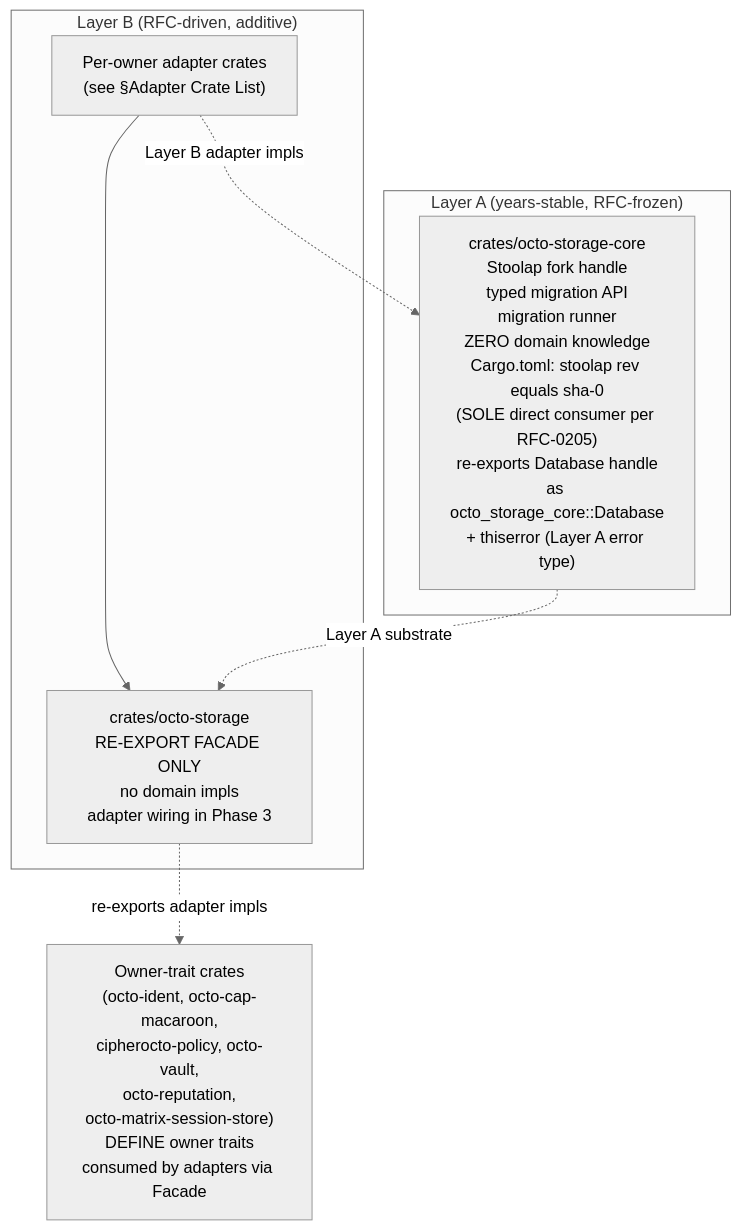
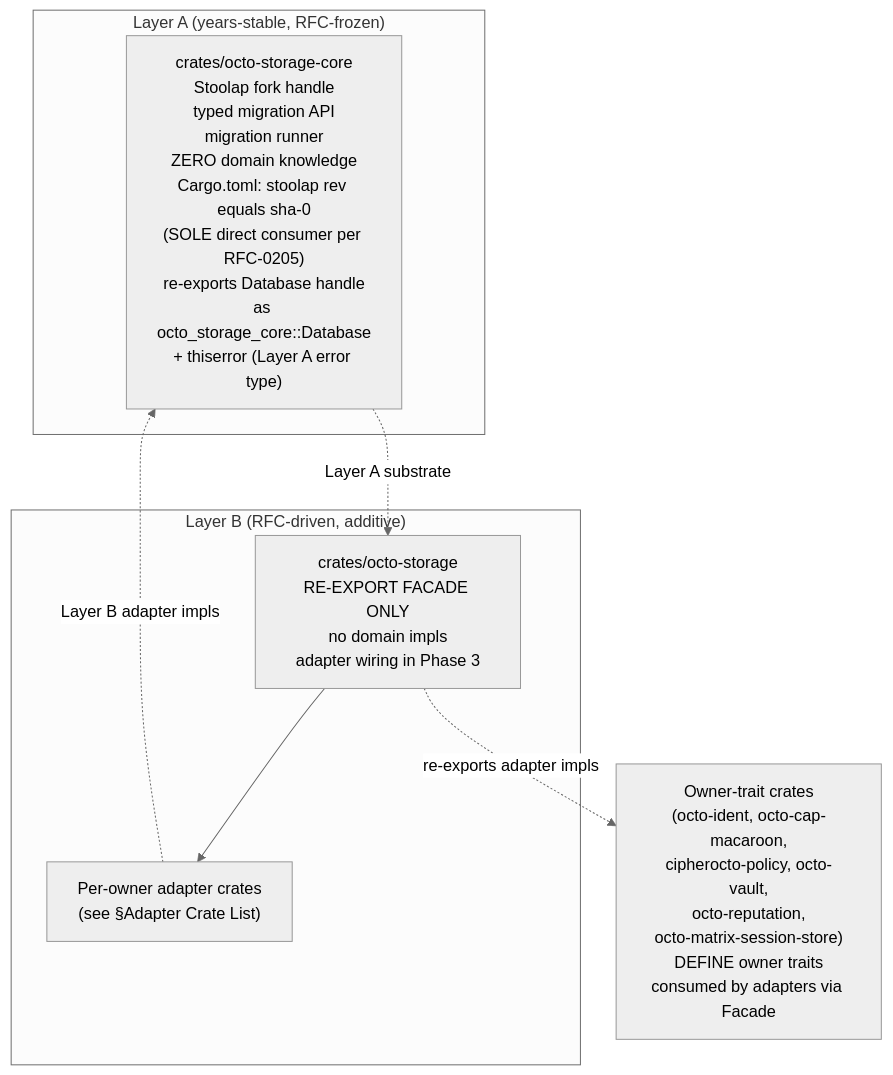
Before and after one commit to CipherOcto/cipherocto: the first of 2 diagrams in rfcs/draft/storage/0206-octo-storage-split.md, drawn with Mermaid (neutral theme). The commit also changed other lines of this file and 1 other file, not shown here.

````diff
--- a/rfcs/draft/storage/0206-octo-storage-split.md
+++ b/rfcs/draft/storage/0206-octo-storage-split.md
@@ -79,15 +79,15 @@
 ```mermaid
 graph TD
     subgraph LayerA["Layer A (years-stable, RFC-frozen)"]
         Core["crates/octo-storage-core<br/>Stoolap fork handle<br/>typed migration API<br/>migration runner<br/>ZERO domain knowledge<br/>Cargo.toml: stoolap rev equals sha-0<br/>(SOLE direct consumer per RFC-0205)<br/>re-exports Database handle<br/>as octo_storage_core::Database<br/>+ thiserror (Layer A error type)"]
     end
     subgraph LayerB["Layer B (RFC-driven, additive)"]
         Facade["crates/octo-storage<br/>RE-EXPORT FACADE ONLY<br/>no domain impls<br/>adapter wiring in Phase 3"]
         Adapters["Per-owner adapter crates<br/>(see §Adapter Crate List)"]
-        Adapters --> Facade
+        Facade --> Adapters
     end
     OwnerCrates["Owner-trait crates<br/>(octo-ident, octo-cap-macaroon,<br/>cipherocto-policy, octo-vault,<br/>octo-reputation,<br/>octo-matrix-session-store)<br/>DEFINE owner traits<br/>consumed by adapters via Facade"]
     Facade -. re-exports adapter impls .-> OwnerCrates
     Core -. Layer A substrate .-> Facade
     Adapters -. Layer B adapter impls .-> Core
 ```
````
